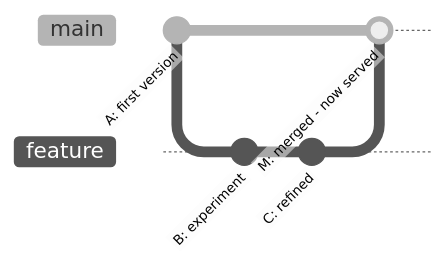
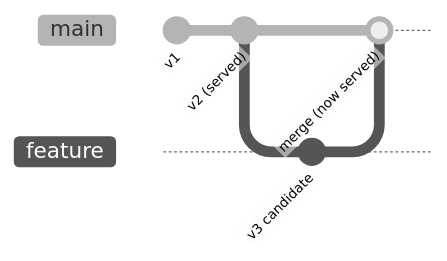
Before and after one commit to priompt/priompt-dot-com: the diagram in docs/docs/concepts/versioning.md, drawn with Mermaid (neutral theme). The commit also changed other lines of this file and 76 other files, not shown here.

````diff
--- a/docs/docs/concepts/versioning.md
+++ b/docs/docs/concepts/versioning.md
@@ -13,9 +27,9 @@
 ```mermaid
 gitGraph
-    commit id: "A: first version"
+    commit id: "v1"
+    commit id: "v2 (served)"
     branch feature
-    commit id: "B: experiment"
-    commit id: "C: refined"
+    commit id: "v3 candidate"
     checkout main
-    merge feature id: "M: merged - now served"
+    merge feature id: "merge (now served)"
 ```
````
